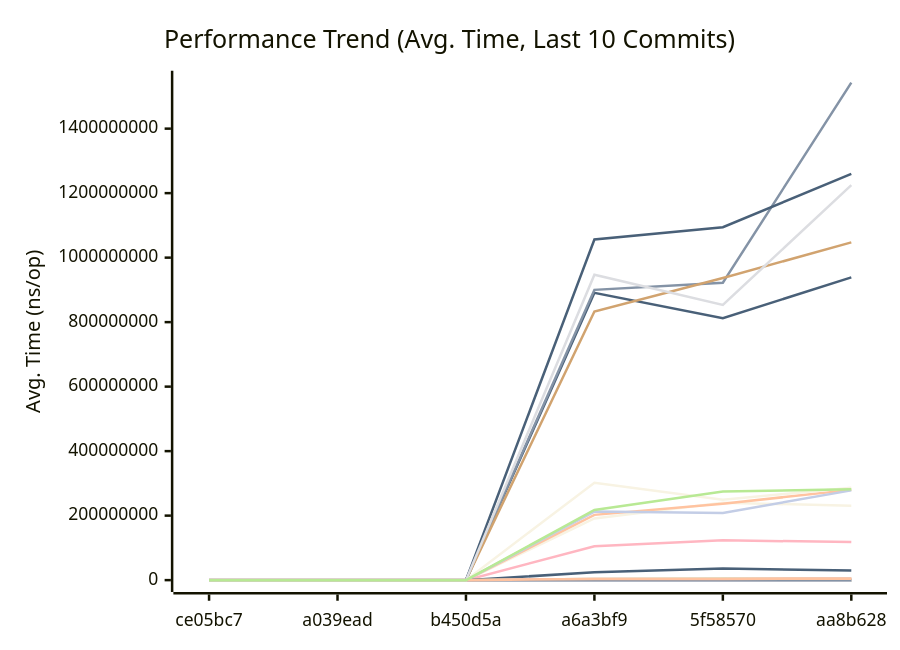
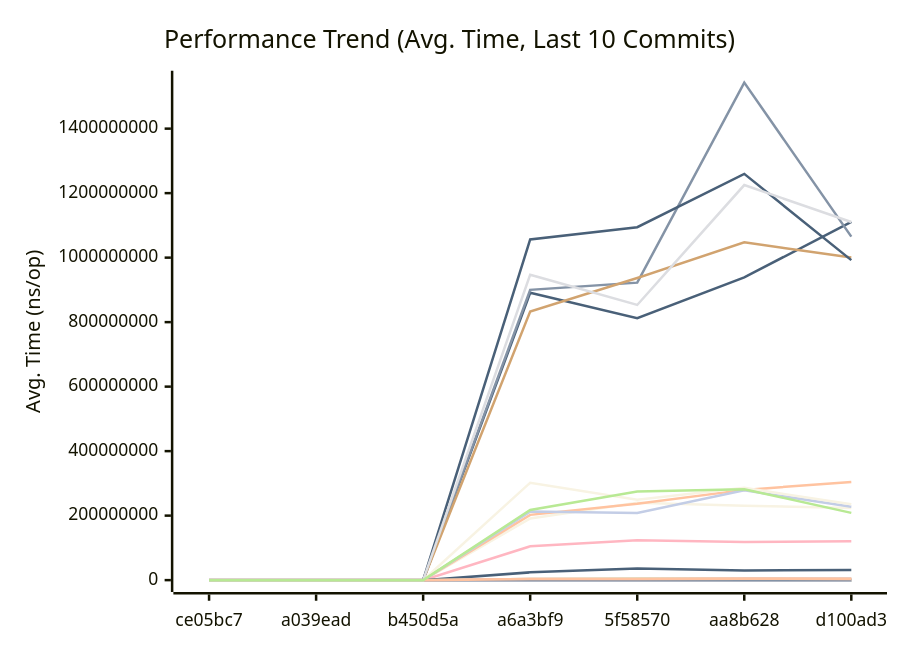
One commit to alsotoes/momo changed the first of 3 diagrams in docs/PERFORMANCE.md. Above: the diagram before and after it, drawn with Mermaid. The commit also changed other lines of this file and 4 other files, not shown here.

````diff
--- a/docs/PERFORMANCE.md
+++ b/docs/PERFORMANCE.md
@@ -252,42 +252,42 @@
 ```mermaid
 xychart-beta
     title "Performance Trend (Avg. Time, Last 10 Commits)"
     x-axis "Commit"
     y-axis "Avg. Time (ns/op)"
-    x-axis [ce05bc7,a039ead,b450d5a,a6a3bf9,5f58570,aa8b628]
-    line "AWSChunkedReaderSigned" [488574,498069,465911,433775,468904,508062,513734,453907,508785,438904]
-    line "AWSChunkedReaderUnsigned" [429659,468690,435995,410570,459580,513068,555370,434075,493616,452490]
-    line "CheckMetricsAndSwap" [8,11,8,8,8,10,10,10,9,9]
-    line "CrushOptimized" [363,314,313,296,324,395,388,377,359,336]
-    line "CrushOriginal" [434,468,438,389,424,500,510,457,482,564]
-    line "FormatListObjectsV2XML_AppendFormat" [0,0,0,585500,632895,781453,825885,607733,755798,641060]
-    line "FormatListObjectsV2XML_OldFormat" [0,0,0,385936,392685,437988,457438,384420,452349,422273]
-    line "HashBytes/1MiB" [0,0,0,2943044,3455198,4083758,3234966,3413080,3456264,3163701]
-    line "HashBytes/256MiB" [0,0,0,890920045,812286372,938923522,1110812216,1079738977,975610814,775687070]
-    line "HashBytes/64MiB" [0,0,0,191159849,239861268,230821474,223678991,219197938,219466744,193218904]
-    line "HashFile/1MiB" [0,0,0,3438255,3866812,3929226,4016890,4018511,4015638,3353870]
-    line "HashFile/256MiB" [0,0,0,900152012,922386758,1542681975,1065256239,948781835,970019312,1077613896]
-    line "HashFile/64MiB" [0,0,0,202378726,236988193,279832912,304125965,245379512,268034657,296897974]
-    line "IndexDirectTracking" [0,0,0,0,0,0,1,0,0,0]
-    line "IndexSearch" [2,2,2,3,3,3,3,2,2,2]
-    line "LoadGlobalConfig" [8353,9052,8987,8373,9135,11430,10521,10213,10358,12306]
-    line "LocalWrite/1MiB" [0,0,0,386344,535333,623012,523182,386063,1014308,495566]
-    line "LocalWrite/256MiB" [0,0,0,104739454,123322682,118227363,120742842,111644085,120805038,123214909]
-    line "LocalWrite/64MiB" [0,0,0,24065226,35686954,30222165,31091015,24172266,30061816,28520680]
-    line "PadString" [42,47,44,41,47,91,57,43,54,47]
+    x-axis [ce05bc7,a039ead,b450d5a,a6a3bf9,5f58570,aa8b628,d100ad3]
+    line "AWSChunkedReaderSigned" [488574,498069,465911,433775,468904,508062,513734,453907,508785,905557]
+    line "AWSChunkedReaderUnsigned" [429659,468690,435995,410570,459580,513068,555370,434075,493616,894454]
+    line "CheckMetricsAndSwap" [8,11,8,8,8,10,10,10,9,15]
+    line "CrushOptimized" [363,314,313,296,324,395,388,377,359,624]
+    line "CrushOriginal" [434,468,438,389,424,500,510,457,482,891]
+    line "FormatListObjectsV2XML_AppendFormat" [0,0,0,585500,632895,781453,825885,607733,755798,1466071]
+    line "FormatListObjectsV2XML_OldFormat" [0,0,0,385936,392685,437988,457438,384420,452349,876006]
+    line "HashBytes/1MiB" [0,0,0,2943044,3455198,4083758,3234966,3413080,3456264,5810430]
+    line "HashBytes/256MiB" [0,0,0,890920045,812286372,938923522,1110812216,1079738977,975610814,1722861401]
+    line "HashBytes/64MiB" [0,0,0,191159849,239861268,230821474,223678991,219197938,219466744,396388379]
+    line "HashFile/1MiB" [0,0,0,3438255,3866812,3929226,4016890,4018511,4015638,6883319]
+    line "HashFile/256MiB" [0,0,0,900152012,922386758,1542681975,1065256239,948781835,970019312,1664168720]
+    line "HashFile/64MiB" [0,0,0,202378726,236988193,279832912,304125965,245379512,268034657,434196622]
+    line "IndexDirectTracking" [0,0,0,0,0,0,1,0,0,1]
+    line "IndexSearch" [2,2,2,3,3,3,3,2,2,4]
+    line "LoadGlobalConfig" [8353,9052,8987,8373,9135,11430,10521,10213,10358,20717]
+    line "LocalWrite/1MiB" [0,0,0,386344,535333,623012,523182,386063,1014308,861821]
+    line "LocalWrite/256MiB" [0,0,0,104739454,123322682,118227363,120742842,111644085,120805038,188719012]
+    line "LocalWrite/64MiB" [0,0,0,24065226,35686954,30222165,31091015,24172266,30061816,44391316]
+    line "PadString" [42,47,44,41,47,91,57,43,54,108]
     line "ParseReplicationOrder_NoPrealloc" [350,349,357,354,345,225,229,165,232,234]
     line "ParseReplicationOrder_Prealloc" [229,231,237,234,229,108,107,80,110,109]
-    line "Placement" [0,0,0,4402,4818,5406,5565,5457,4982,6536]
-    line "PlacementDomainSpread" [0,0,0,4713,5072,5712,5726,5715,5363,5481]
-    line "ReadVerify/1MiB" [0,0,0,3322226,4158622,4423216,3880705,3695998,3063023,3984205]
-    line "ReadVerify/256MiB" [0,0,0,833047448,936726754,1047336519,1000480549,885690851,923410779,1100413248]
-    line "ReadVerify/64MiB" [0,0,0,212456699,208430448,278276063,227817182,208677144,236746582,250377464]
-    line "S3PutSpool/1MiB" [0,0,0,3659136,3725511,4622411,4130137,3968364,5120338,3650820]
-    line "S3PutSpool/256MiB" [0,0,0,1056311038,1094320670,1259669614,992342042,1114984906,1033132692,1124236868]
-    line "S3PutSpool/64MiB" [0,0,0,302092155,249542876,286259711,234949006,287125834,255515959,308609029]
-    line "SanitizeLog/Safe" [243,248,275,222,246,264,286,222,310,254]
-    line "SanitizeLog/Unsafe" [698,749,710,674,741,900,848,591,715,718]
-    line "TrustedRead/1MiB" [0,0,0,3530931,3629261,4639890,3222989,4353885,3601064,3974984]
-    line "TrustedRead/256MiB" [0,0,0,947127786,853259220,1225064259,1110598924,879089092,1160948664,1058653542]
-    line "TrustedRead/64MiB" [0,0,0,217573714,274674598,281874202,208613545,224760418,288480214,313281107]
+    line "Placement" [0,0,0,4402,4818,5406,5565,5457,4982,9769]
+    line "PlacementDomainSpread" [0,0,0,4713,5072,5712,5726,5715,5363,10254]
+    line "ReadVerify/1MiB" [0,0,0,3322226,4158622,4423216,3880705,3695998,3063023,6669899]
+    line "ReadVerify/256MiB" [0,0,0,833047448,936726754,1047336519,1000480549,885690851,923410779,1681161525]
+    line "ReadVerify/64MiB" [0,0,0,212456699,208430448,278276063,227817182,208677144,236746582,475503443]
+    line "S3PutSpool/1MiB" [0,0,0,3659136,3725511,4622411,4130137,3968364,5120338,8098804]
+    line "S3PutSpool/256MiB" [0,0,0,1056311038,1094320670,1259669614,992342042,1114984906,1033132692,2014620633]
+    line "S3PutSpool/64MiB" [0,0,0,302092155,249542876,286259711,234949006,287125834,255515959,504549456]
+    line "SanitizeLog/Safe" [243,248,275,222,246,264,286,222,310,494]
+    line "SanitizeLog/Unsafe" [698,749,710,674,741,900,848,591,715,1256]
+    line "TrustedRead/1MiB" [0,0,0,3530931,3629261,4639890,3222989,4353885,3601064,7771585]
+    line "TrustedRead/256MiB" [0,0,0,947127786,853259220,1225064259,1110598924,879089092,1160948664,2001362379]
+    line "TrustedRead/64MiB" [0,0,0,217573714,274674598,281874202,208613545,224760418,288480214,466675929]
 ```
````
